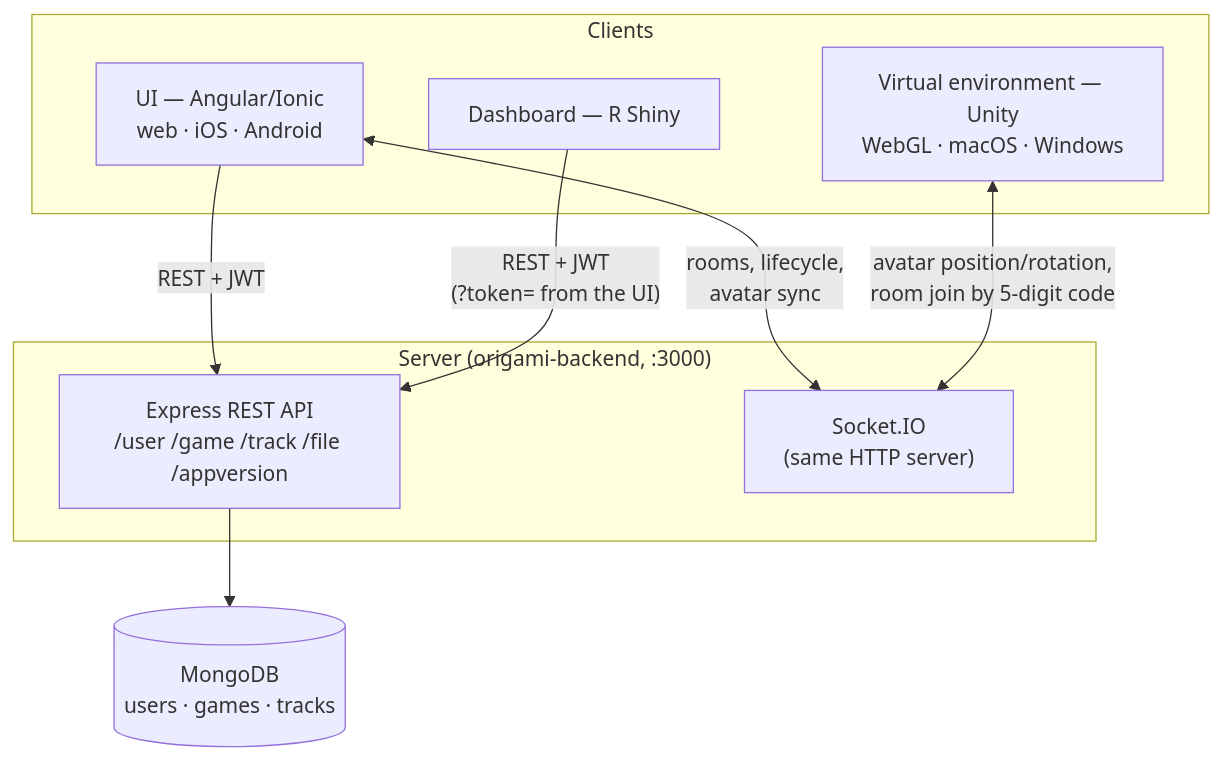
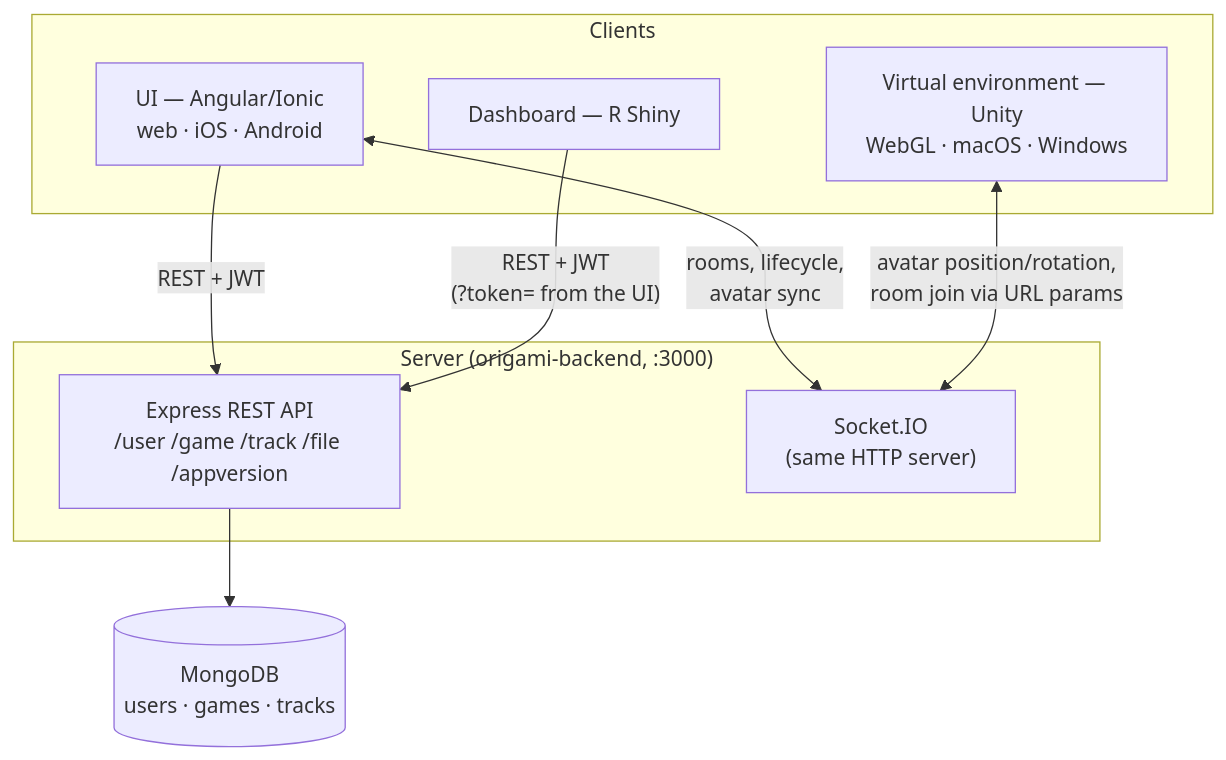
Before and after one commit to geogami-team/geogami-docs: the diagram in DEVELOPER_OVERVIEW.md, drawn with Mermaid. The commit also changed other lines of this file and 3 other files, not shown here.

````diff
--- a/DEVELOPER_OVERVIEW.md
+++ b/DEVELOPER_OVERVIEW.md
@@ -41,21 +41,21 @@
 ```mermaid
 flowchart TB
     subgraph Clients
         UI["UI — Angular/Ionic<br/>web · iOS · Android"]
         VE["Virtual environment — Unity<br/>WebGL · macOS · Windows"]
         DASH["Dashboard — R Shiny"]
     end
 
     subgraph "Server (origami-backend, :3000)"
         REST["Express REST API<br/>/user /game /track /file /appversion"]
         SIO["Socket.IO<br/>(same HTTP server)"]
     end
 
     DB[("MongoDB<br/>users · games · tracks")]
 
     UI -- "REST + JWT" --> REST
     UI <-- "rooms, lifecycle,<br/>avatar sync" --> SIO
-    VE <-- "avatar position/rotation,<br/>room join by 5-digit code" --> SIO
+    VE <-- "avatar position/rotation,<br/>room join via URL params" --> SIO
     DASH -- "REST + JWT<br/>(?token= from the UI)" --> REST
     REST --> DB
 ```
````
